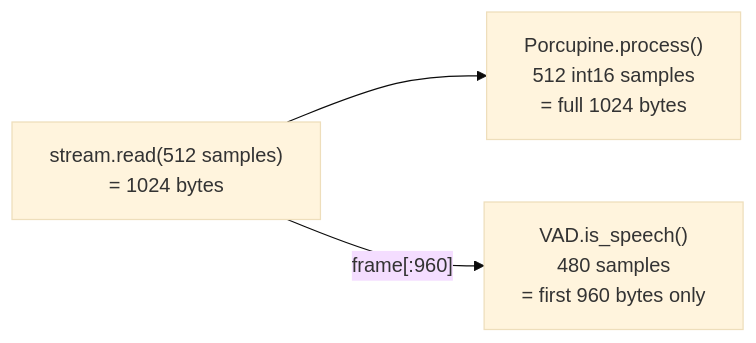
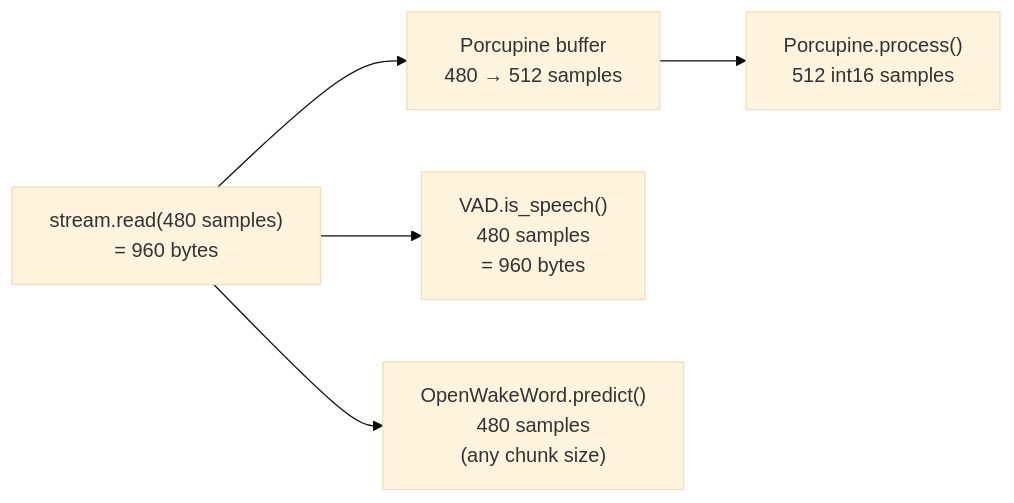
Before and after one commit to armmarov/voice_assistant_app: the third of 3 diagrams in docs/02_capture_state_machine.md, drawn with Mermaid (base theme). The commit also changed other lines of this file and 5 other files, not shown here.

First line of the commit message:
docs: update for conversation mode and dual wake word engines

````diff
--- a/docs/02_capture_state_machine.md
+++ b/docs/02_capture_state_machine.md
@@ -28,9 +65,12 @@
 ```mermaid
 flowchart LR
-    READ["stream.read(512 samples)\n= 1024 bytes"]
-    PORC["Porcupine.process()\n512 int16 samples\n= full 1024 bytes"]
-    VAD["VAD.is_speech()\n480 samples\n= first 960 bytes only"]
+    READ["stream.read(480 samples)\n= 960 bytes"]
+    BUF["Porcupine buffer\n480 → 512 samples"]
+    PORC["Porcupine.process()\n512 int16 samples"]
+    VAD["VAD.is_speech()\n480 samples\n= 960 bytes"]
+    OWW["OpenWakeWord.predict()\n480 samples\n(any chunk size)"]
 
-    READ --> PORC
-    READ -->|"frame[:960]"| VAD
+    READ --> BUF --> PORC
+    READ --> VAD
+    READ --> OWW
 ```
````
